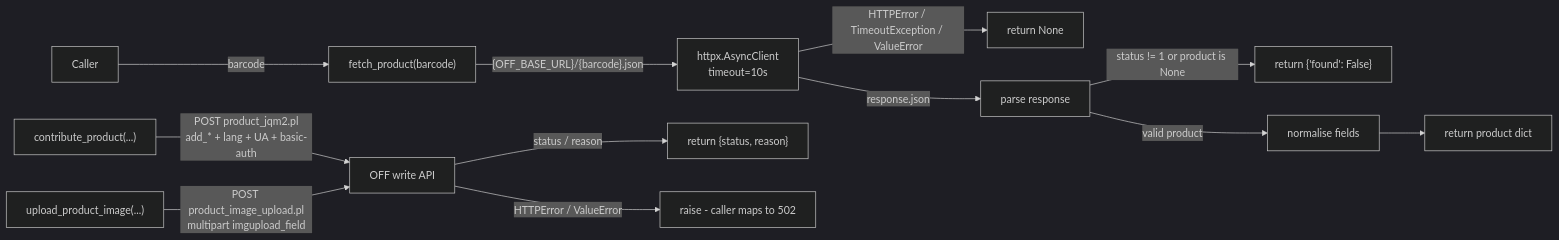
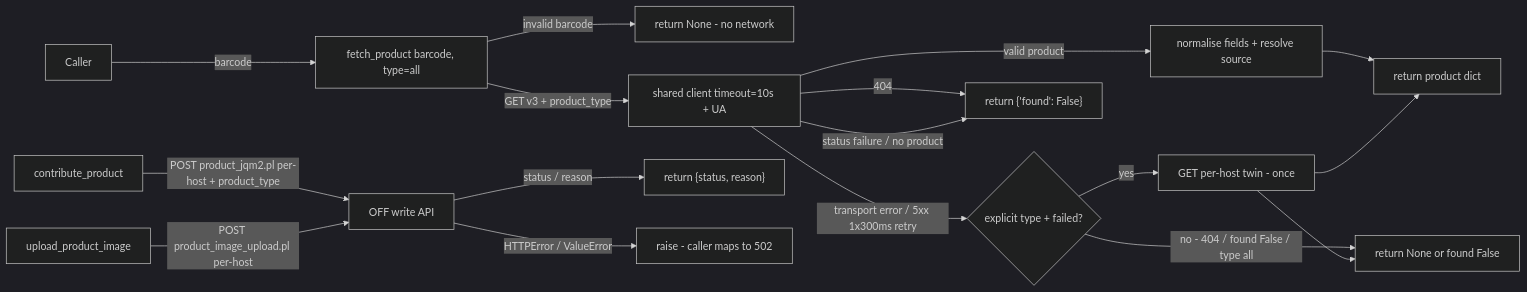
Before and after one commit to lorecanc/dispensapp: the second of 2 diagrams in wiki/modules/backend-service-off.md, drawn with Mermaid (dark theme). The commit also changed other lines of this file and 56 other files, not shown here.

````diff
--- a/wiki/modules/backend-service-off.md
+++ b/wiki/modules/backend-service-off.md
@@ -96,14 +134,19 @@
 ```mermaid
 graph LR
-    Caller -->|barcode| Fetch["fetch_product(barcode)"]
-    Fetch -->|"{OFF_BASE_URL}/{barcode}.json"| Httpx["httpx.AsyncClient\ntimeout=10s"]
-    Httpx -->|HTTPError / TimeoutException / ValueError| RetNone["return None"]
-    Httpx -->|response.json| Parse["parse response"]
-    Parse -->|"status != 1 or product is None"| NotFound["return {'found': False}"]
-    Parse -->|valid product| Normalize["normalise fields"]
+    Caller -->|barcode| Fetch["fetch_product barcode, type=all"]
+    Fetch -->|invalid barcode| RetNone["return None - no network"]
+    Fetch -->|GET v3 + product_type| Httpx["shared client timeout=10s + UA"]
+    Httpx -->|transport error / 5xx 1x300ms retry| Fallback{"explicit type + failed?"}
+    Httpx -->|404| NotFound["return {'found': False}"]
+    Httpx -->|"status failure / no product"| NotFound
+    Httpx -->|valid product| Normalize["normalise fields + resolve source"]
     Normalize --> Success["return product dict"]
-    Contrib["contribute_product(...)"] -->|POST product_jqm2.pl\nadd_* + lang + UA + basic-auth| OffW["OFF write API"]
-    Upload["upload_product_image(...)"] -->|POST product_image_upload.pl\nmultipart imgupload_field| OffW
+    Fallback -->|yes| PerHost["GET per-host twin - once"]
+    Fallback -->|no - 404 / found False / type all| RetNone2["return None or found False"]
+    PerHost --> Success
+    PerHost --> RetNone2
+    Contrib["contribute_product"] -->|POST product_jqm2.pl per-host + product_type| OffW["OFF write API"]
+    Upload["upload_product_image"] -->|POST product_image_upload.pl per-host| OffW
     OffW -->|status / reason| WriteRes["return {status, reason}"]
     OffW -->|HTTPError / ValueError| Raise["raise - caller maps to 502"]
 ```
````
